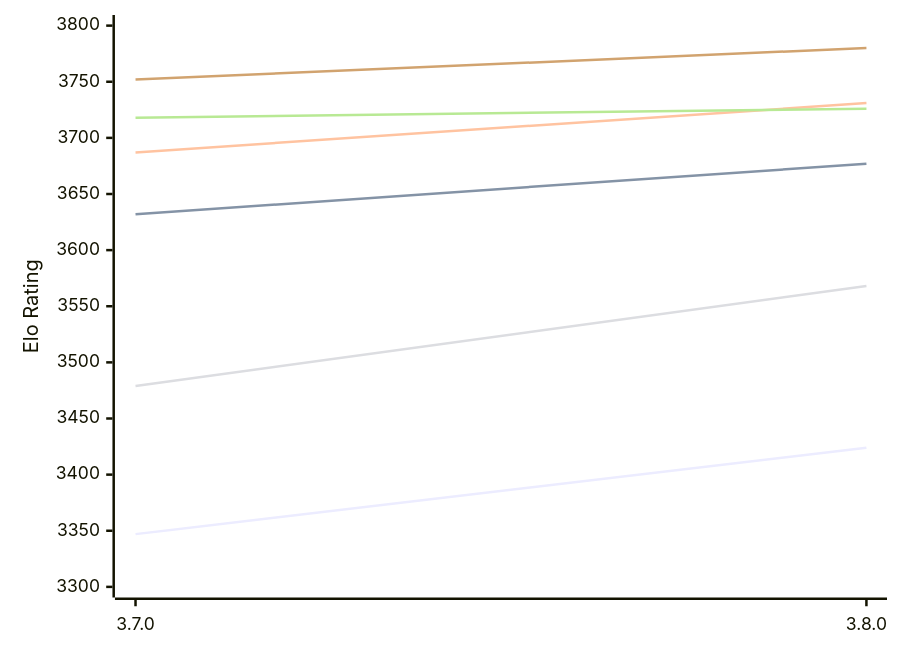
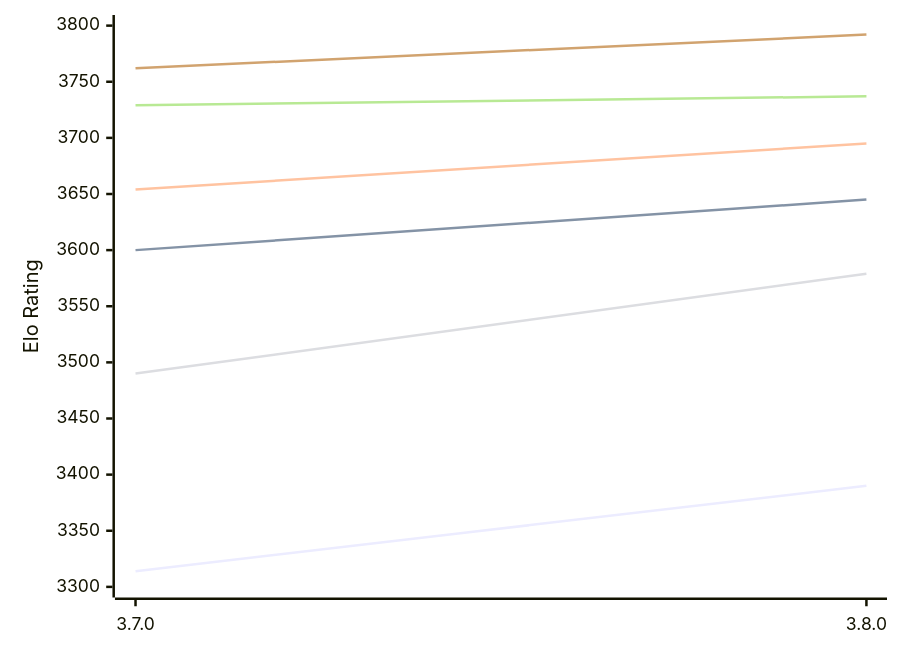
One commit to computer-chess-index/cci changed the first of 2 diagrams in engines/Igel.md. Above: the diagram before and after it, drawn with Mermaid. The commit also changed other lines of this file, not shown here.

Commit message:
Update CCI Ratings (ELO VLTC) - 2026-11-12

````diff
--- a/engines/Igel.md
+++ b/engines/Igel.md
@@ -51,12 +51,12 @@
 ```mermaid
 %%{init: {"theme":"base","themeVariables":{"seriesColors:['#a3a3a3','#222221','#faa371']}}}%%
 xychart-beta
   x-axis ["3.7.0", "3.8.0"]
   y-axis "Elo Rating" 3300 --> 3800
-  line "E1: STC (8.0+0.08s)" [3347, 3424]
-  line "E1: LTC (60.0+0.60s)" [3632, 3677]
-  line "E1: VLTC (2m24s+1.12s)" [3687, 3731]
-  line "P1: STC (8.0+0.08s)" [3479, 3568]
-  line "P1: LTC (60.0+0.60s)" [3718, 3726]
-  line "P1: VLTC (2m24s+1.12s)" [3752, 3780]
+  line "E1: STC (8.0+0.08s)" [3314, 3390]
+  line "E1: LTC (60.0+0.60s)" [3600, 3645]
+  line "E1: VLTC (2m24s+1.12s)" [3654, 3695]
+  line "P1: STC (8.0+0.08s)" [3490, 3579]
+  line "P1: LTC (60.0+0.60s)" [3729, 3737]
+  line "P1: VLTC (2m24s+1.12s)" [3762, 3792]
 ```
````
